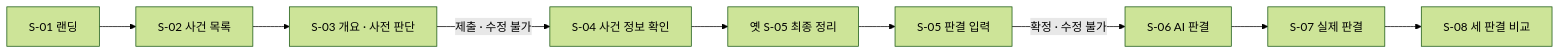
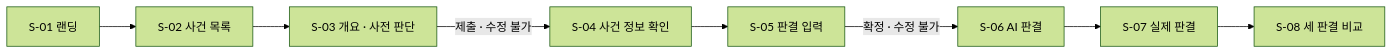
The diagram in docs/mvp-definition.md (prgrms-aibe-devcourse/AIBE7_FinalProject_Team2), drawn with Mermaid (forest theme) before and after one commit. The commit also changed other lines of this file and 4 other files, not shown here.

````diff
--- a/docs/mvp-definition.md
+++ b/docs/mvp-definition.md
@@ -72,11 +72,10 @@
 ```mermaid
 flowchart LR
     S1[S-01 랜딩] --> S2[S-02 사건 목록]
     S2 --> S3[S-03 개요 · 사전 판단]
     S3 -->|제출 · 수정 불가| S4[S-04 사건 정보 확인]
-    S4 --> S5[옛 S-05 최종 정리]
-    S5 --> S6[S-05 판결 입력]
+    S4 --> S6[S-05 판결 입력]
     S6 -->|확정 · 수정 불가| S7[S-06 AI 판결]
     S7 --> S8[S-07 실제 판결]
     S8 --> S9[S-08 세 판결 비교]
 ```
````
